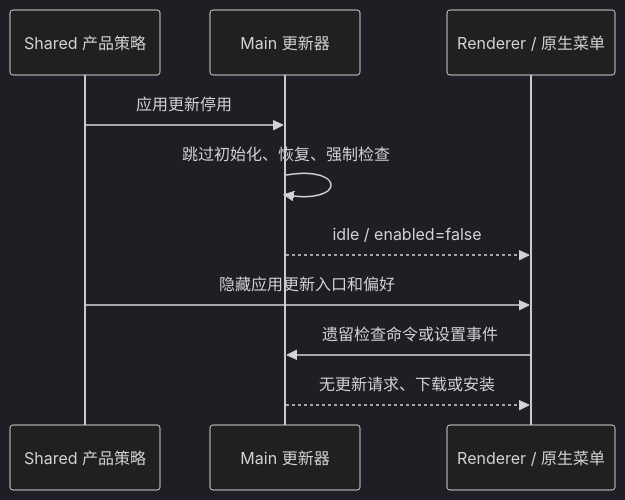
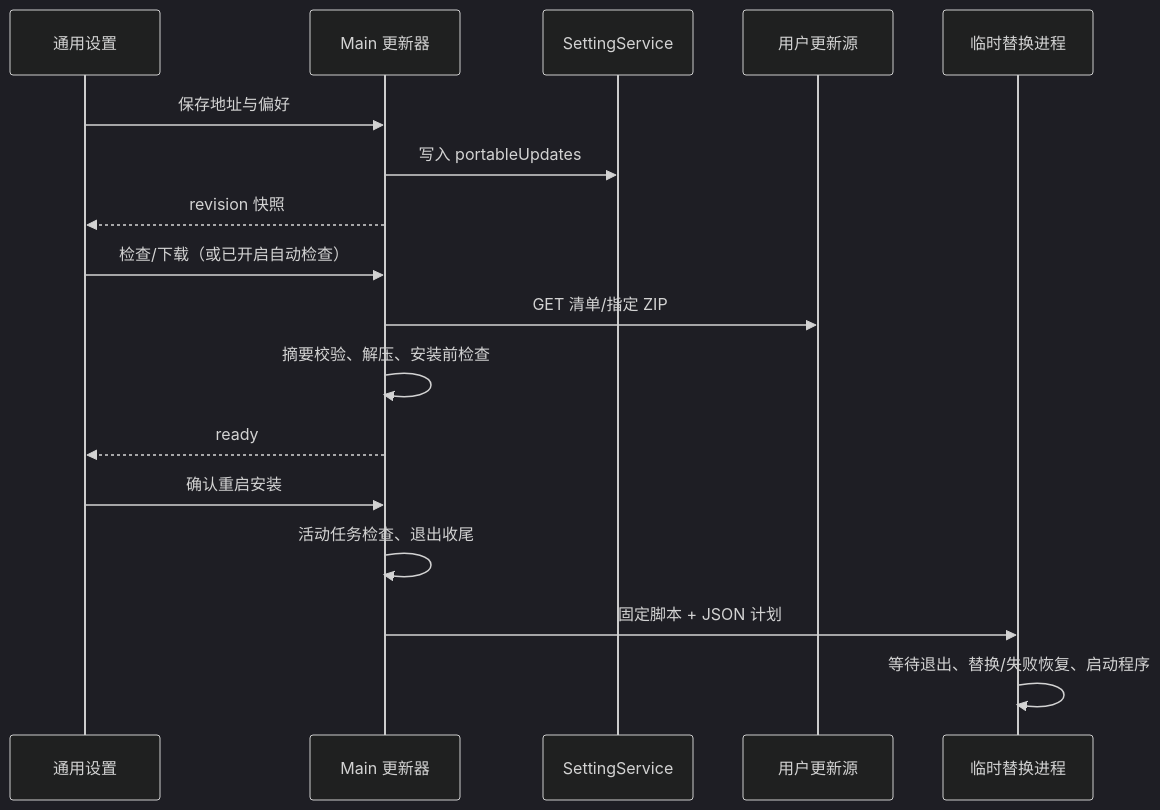
Before and after one commit to 6ccg/ZCode: the diagram in specs/modified-desktop-updates.md, drawn with Mermaid (dark theme). The commit also changed other lines of this file and 39 other files, not shown here.

````diff
--- a/specs/modified-desktop-updates.md
+++ b/specs/modified-desktop-updates.md
@@ -12,12 +19,19 @@
 ```mermaid
 sequenceDiagram
-    participant Shared as Shared 产品策略
-    participant Main as Main 更新器
-    participant UI as Renderer / 原生菜单
-    Shared->>Main: 应用更新停用
-    Main->>Main: 跳过初始化、恢复、强制检查
-    Main-->>UI: idle / enabled=false
-    Shared->>UI: 隐藏应用更新入口和偏好
-    UI->>Main: 遗留检查命令或设置事件
-    Main-->>UI: 无更新请求、下载或安装
+  participant UI as 通用设置
+  participant Main as Main 更新器
+  participant Settings as SettingService
+  participant Source as 用户更新源
+  participant Helper as 临时替换进程
+  UI->>Main: 保存地址与偏好
+  Main->>Settings: 写入 portableUpdates
+  Main-->>UI: revision 快照
+  UI->>Main: 检查/下载（或已开启自动检查）
+  Main->>Source: GET 清单/指定 ZIP
+  Main->>Main: 摘要校验、解压、安装前检查
+  Main-->>UI: ready
+  UI->>Main: 确认重启安装
+  Main->>Main: 活动任务检查、退出收尾
+  Main->>Helper: 固定脚本 + JSON 计划
+  Helper->>Helper: 等待退出、替换/失败恢复、启动程序
 ```
````
